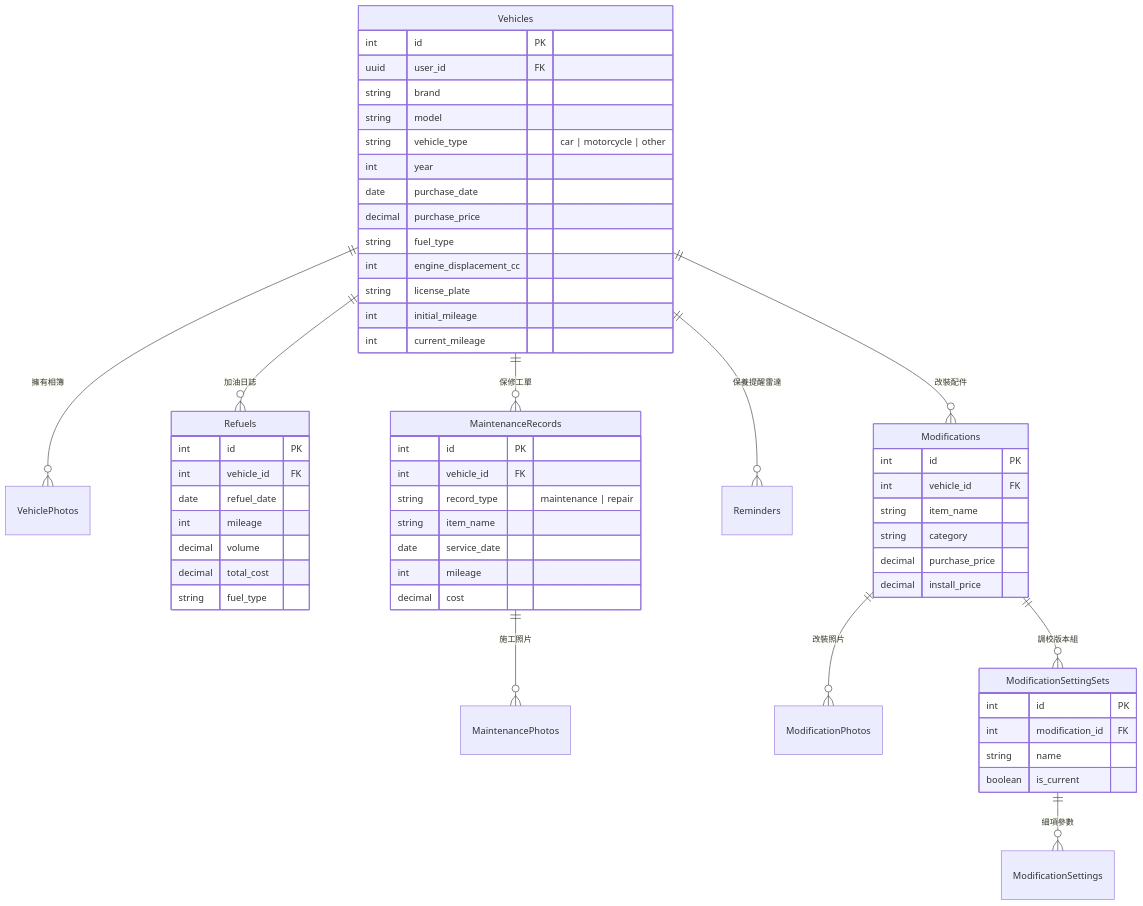
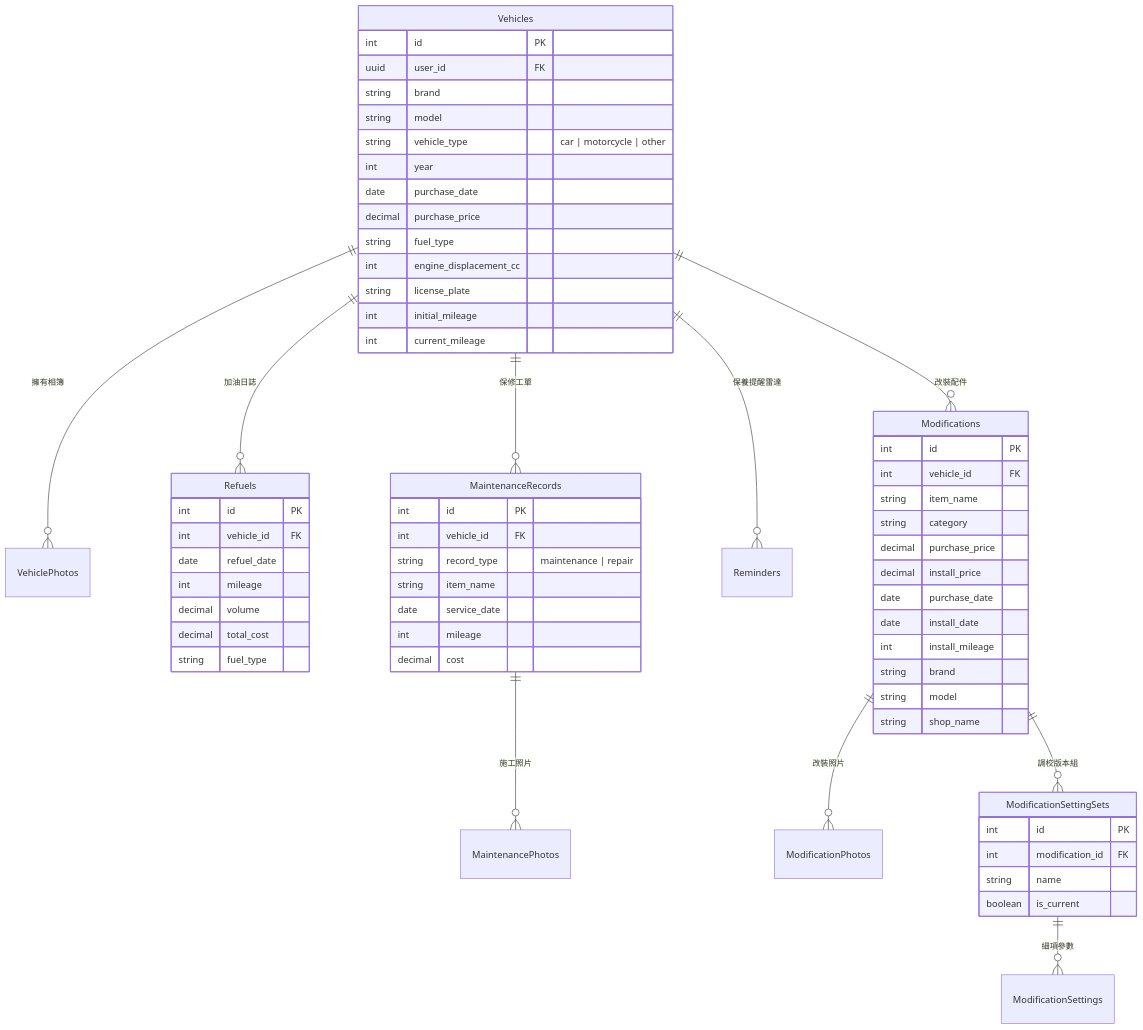
The diagram in README.md (vulcan1202/Digital-Garage), drawn with Mermaid before and after one commit. The commit also changed other lines of this file and 8 other files, not shown here.

Commit message:
feat(p1-3): modernize vehicle cockpit information architecture with 6-tab hub and update documentation

````diff
--- a/README.md
+++ b/README.md
@@ -276,64 +339,70 @@
 ```mermaid
 erDiagram
     Vehicles ||--o{ VehiclePhotos : "擁有相簿"
     Vehicles ||--o{ Refuels : "加油日誌"
     Vehicles ||--o{ MaintenanceRecords : "保修工單"
     Vehicles ||--o{ Reminders : "保養提醒雷達"
     Vehicles ||--o{ Modifications : "改裝配件"
     MaintenanceRecords ||--o{ MaintenancePhotos : "施工照片"
     Modifications ||--o{ ModificationPhotos : "改裝照片"
     Modifications ||--o{ ModificationSettingSets : "調校版本組"
     ModificationSettingSets ||--o{ ModificationSettings : "細項參數"
 
     Vehicles {
         int id PK
         uuid user_id FK
         string brand
         string model
         string vehicle_type "car | motorcycle | other"
         int year
         date purchase_date
         decimal purchase_price
         string fuel_type
         int engine_displacement_cc
         string license_plate
         int initial_mileage
         int current_mileage
     }
 
     Refuels {
         int id PK
         int vehicle_id FK
         date refuel_date
         int mileage
         decimal volume
         decimal total_cost
         string fuel_type
     }
 
     MaintenanceRecords {
         int id PK
         int vehicle_id FK
         string record_type "maintenance | repair"
         string item_name
         date service_date
         int mileage
         decimal cost
     }
 
     Modifications {
         int id PK
         int vehicle_id FK
         string item_name
         string category
         decimal purchase_price
         decimal install_price
+        date purchase_date
+        date install_date
+        int install_mileage
+        string brand
+        string model
+        string shop_name
     }
 
     ModificationSettingSets {
         int id PK
         int modification_id FK
         string name
         boolean is_current
     }
 ```
````
